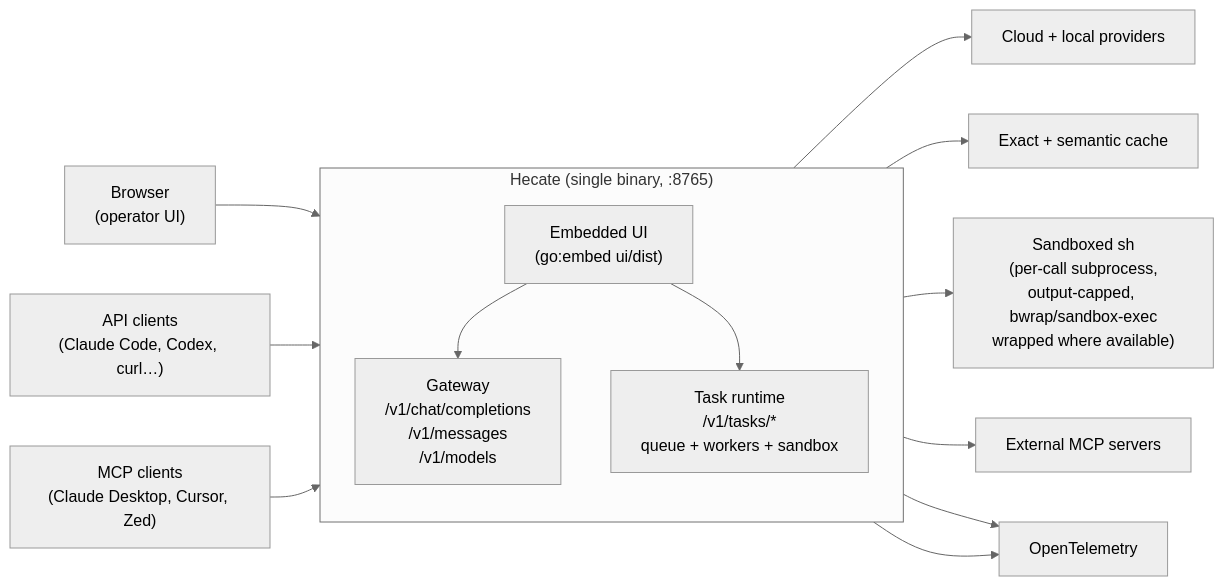
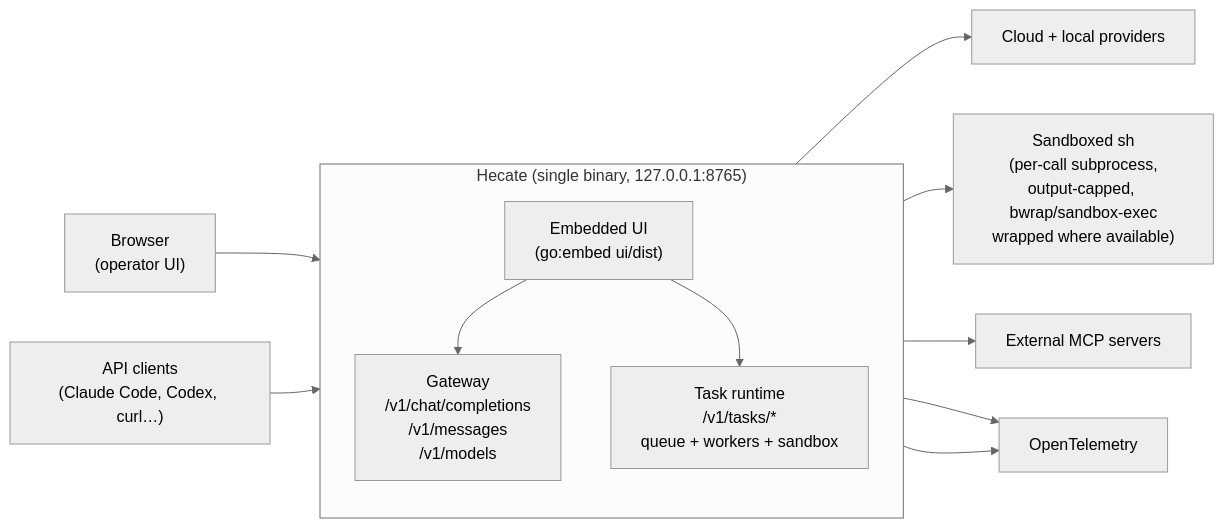
The diagram in README.md (hecatehq/hecate), drawn with Mermaid (neutral theme) before and after one commit. The commit also changed other lines of this file and 32 other files, not shown here.

````diff
--- a/README.md
+++ b/README.md
@@ -128,26 +92,23 @@
 ```mermaid
 flowchart LR
     Browser["Browser<br/>(operator UI)"]
     APIClients["API clients<br/>(Claude Code, Codex, curl…)"]
-    MCPClients["MCP clients<br/>(Claude Desktop, Cursor, Zed)"]
 
-    subgraph Hecate["Hecate (single binary, :8765)"]
+    subgraph Hecate["Hecate (single binary, 127.0.0.1:8765)"]
         direction TB
         Gateway["Gateway<br/>/v1/chat/completions<br/>/v1/messages<br/>/v1/models"]
         Runtime["Task runtime<br/>/v1/tasks/*<br/>queue + workers + sandbox"]
         UI["Embedded UI<br/>(go:embed ui/dist)"]
     end
 
     Browser --> UI
     UI --> Gateway
     UI --> Runtime
     APIClients --> Gateway
-    MCPClients --> Gateway
 
     Gateway --> Providers["Cloud + local providers"]
-    Gateway --> Cache["Exact + semantic cache"]
     Runtime --> Sandbox["Sandboxed sh<br/>(per-call subprocess,<br/>output-capped, bwrap/sandbox-exec<br/>wrapped where available)"]
     Runtime --> MCP["External MCP servers"]
     Gateway --> OTel["OpenTelemetry"]
     Runtime --> OTel
 ```
````
